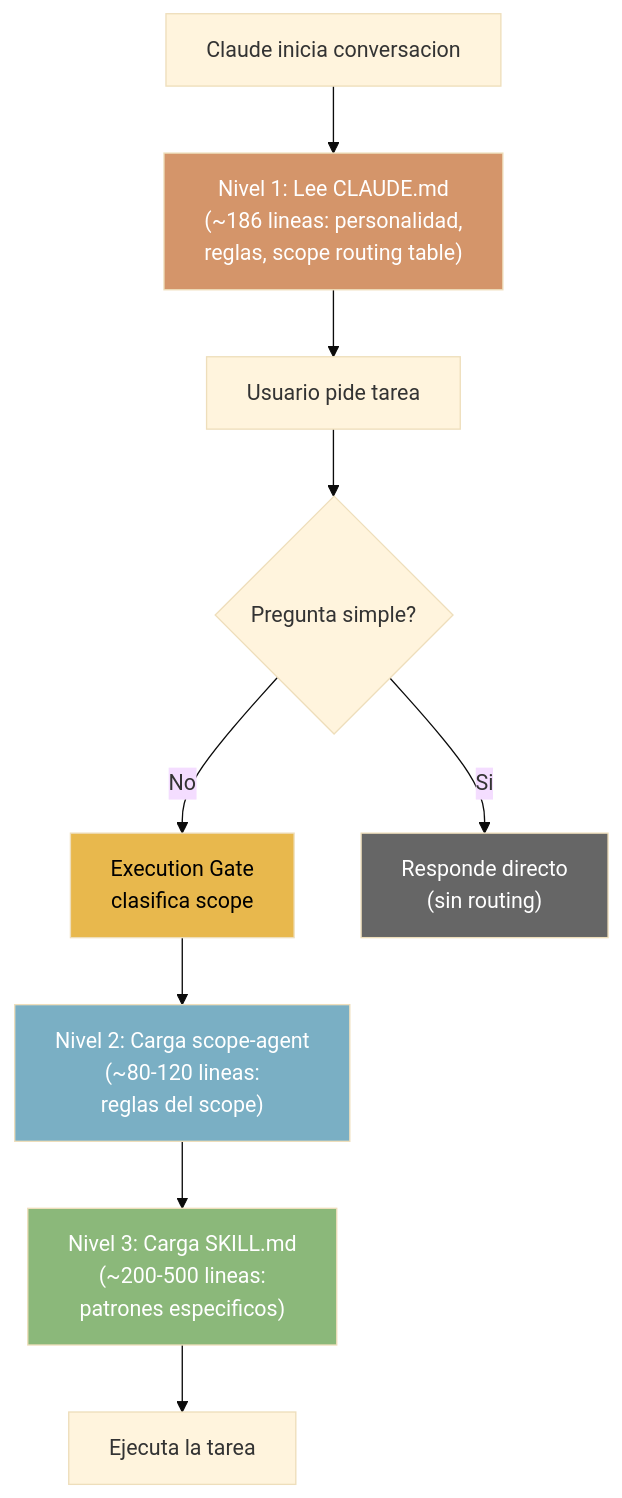
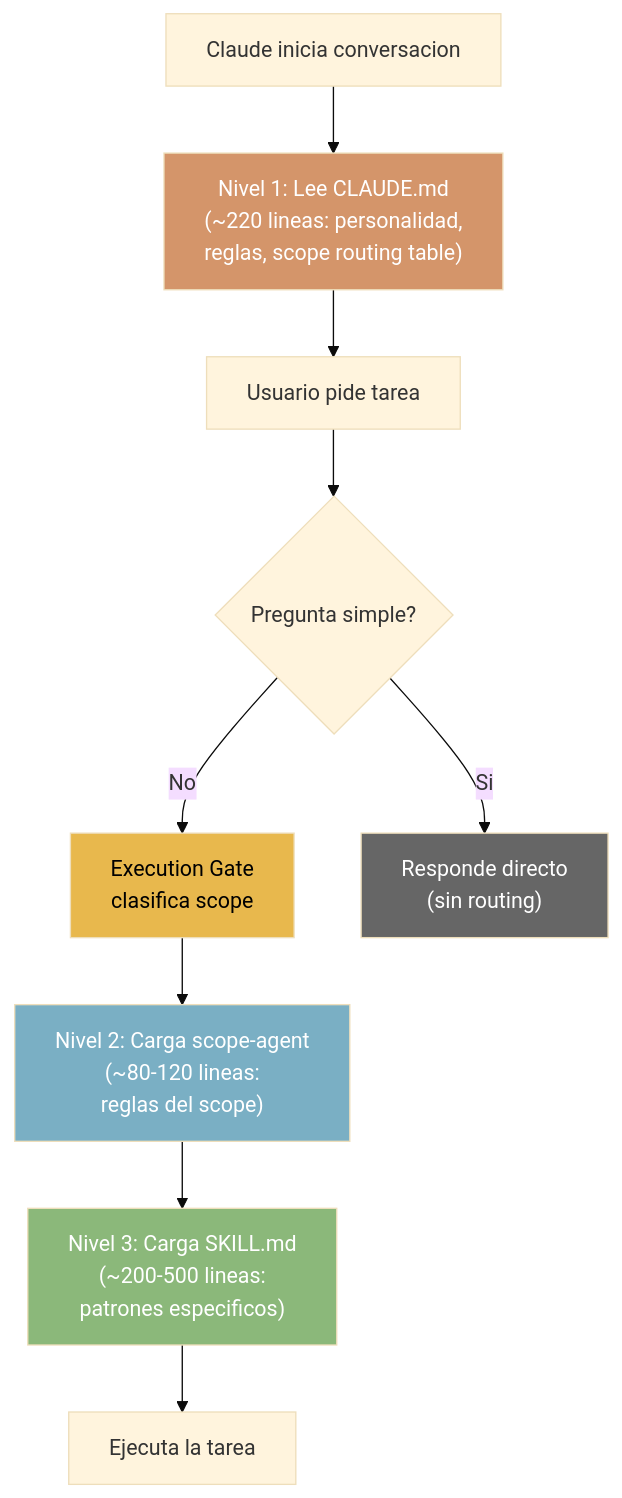
The sixth of 23 diagrams in docs/architecture/arquitectura-diagrama.md (jota-batuta/batuta-dots), drawn with Mermaid (base theme) before and after one commit. The commit also changed other lines of this file and 6 other files, not shown here.

````diff
--- a/docs/architecture/arquitectura-diagrama.md
+++ b/docs/architecture/arquitectura-diagrama.md
@@ -196,22 +196,22 @@
 ```mermaid
 flowchart TD
     START["Claude inicia conversacion"]
-    READ["Nivel 1: Lee CLAUDE.md<br/>(~186 lineas: personalidad,<br/>reglas, scope routing table)"]
+    READ["Nivel 1: Lee CLAUDE.md<br/>(~220 lineas: personalidad,<br/>reglas, scope routing table)"]
     TASK["Usuario pide tarea"]
     GATE["Execution Gate<br/>clasifica scope"]
     LOAD_AGENT["Nivel 2: Carga scope-agent<br/>(~80-120 lineas:<br/>reglas del scope)"]
     LOAD_SKILL["Nivel 3: Carga SKILL.md<br/>(~200-500 lineas:<br/>patrones especificos)"]
     WORK["Ejecuta la tarea"]
     SIMPLE{"Pregunta simple?"}
     DIRECT["Responde directo<br/>(sin routing)"]
 
     START --> READ --> TASK --> SIMPLE
     SIMPLE -->|"Si"| DIRECT
     SIMPLE -->|"No"| GATE --> LOAD_AGENT --> LOAD_SKILL --> WORK
 
     style READ fill:#D4956A,color:#fff
     style LOAD_AGENT fill:#7AAFC4,color:#fff
     style LOAD_SKILL fill:#8BB87A,color:#fff
     style GATE fill:#E8B84D,color:#000
     style DIRECT fill:#666,color:#fff
 ```
````
